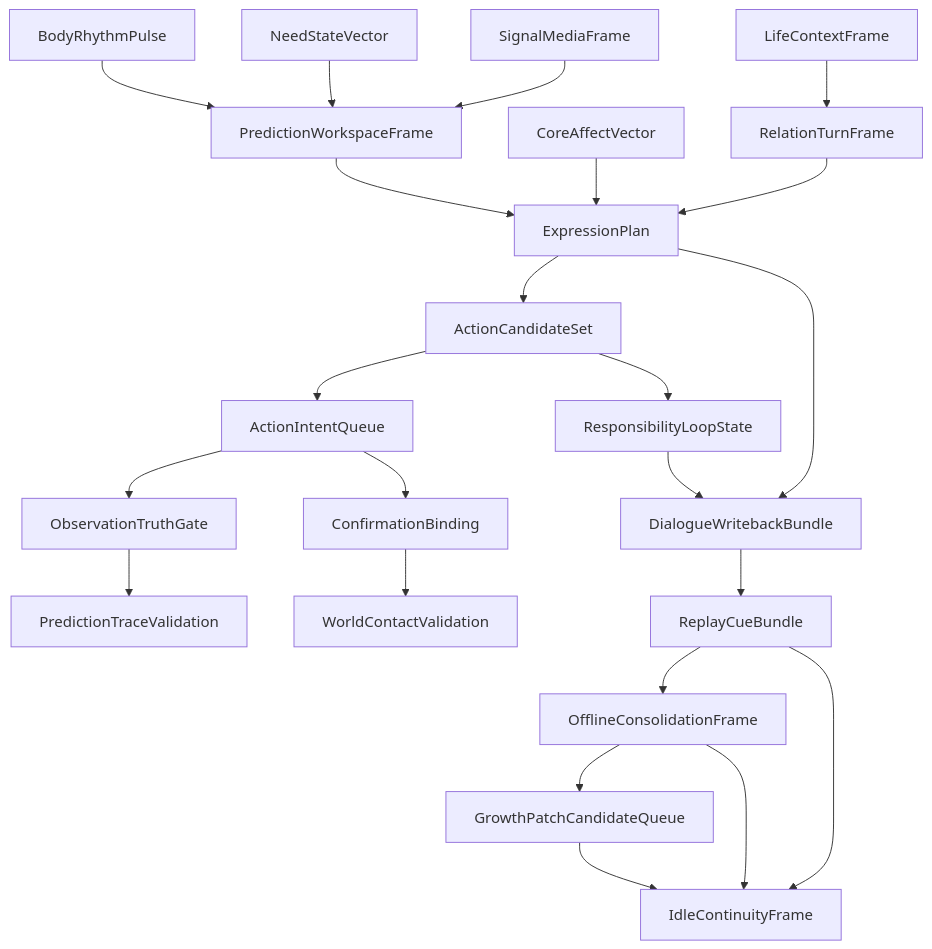
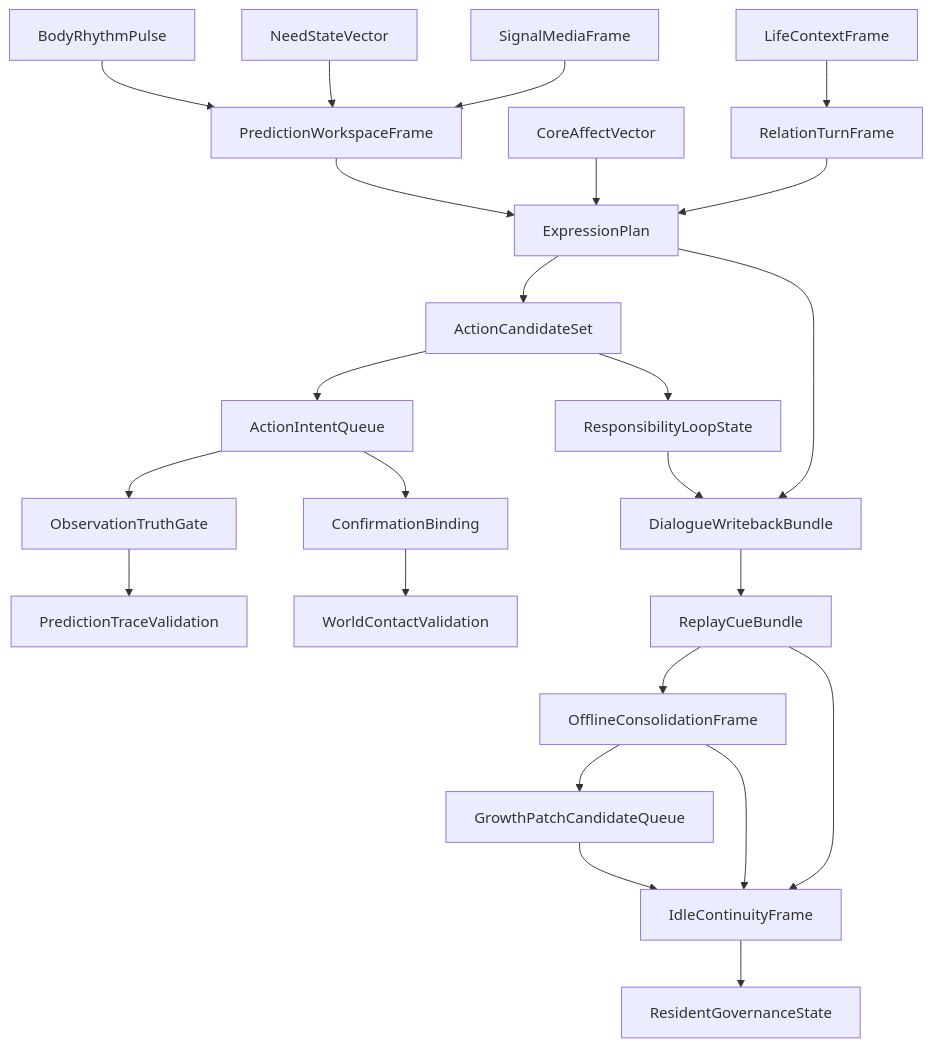
The diagram in docs/v0/package_specs/02_shared_object_write_authority_and_dependency_graph.md (hhhx-lab/human-agent), drawn with Mermaid before and after one commit. The commit also changed other lines of this file and 17 other files, not shown here.

````diff
--- a/docs/v0/package_specs/02_shared_object_write_authority_and_dependency_graph.md
+++ b/docs/v0/package_specs/02_shared_object_write_authority_and_dependency_graph.md
@@ -58,25 +59,26 @@
 ```mermaid
 flowchart TD
     BR["BodyRhythmPulse"] --> PW["PredictionWorkspaceFrame"]
     NV["NeedStateVector"] --> PW
     CA["CoreAffectVector"] --> EP["ExpressionPlan"]
     SM["SignalMediaFrame"] --> PW
     LC["LifeContextFrame"] --> RT["RelationTurnFrame"]
     PW --> EP
     RT --> EP
     EP --> AC["ActionCandidateSet"]
     AC --> AI["ActionIntentQueue"]
     AI --> OT["ObservationTruthGate"]
     AI --> CB["ConfirmationBinding"]
     AC --> RL["ResponsibilityLoopState"]
     CB --> WCV["WorldContactValidation"]
     OT --> PTV["PredictionTraceValidation"]
     EP --> DWB["DialogueWritebackBundle"]
     RL --> DWB
     DWB --> RCB["ReplayCueBundle"]
     RCB --> OCF["OfflineConsolidationFrame"]
     OCF --> GQ["GrowthPatchCandidateQueue"]
     RCB --> ICF["IdleContinuityFrame"]
     OCF --> ICF
     GQ --> ICF
+    ICF --> RGS["ResidentGovernanceState"]
 ```
````
